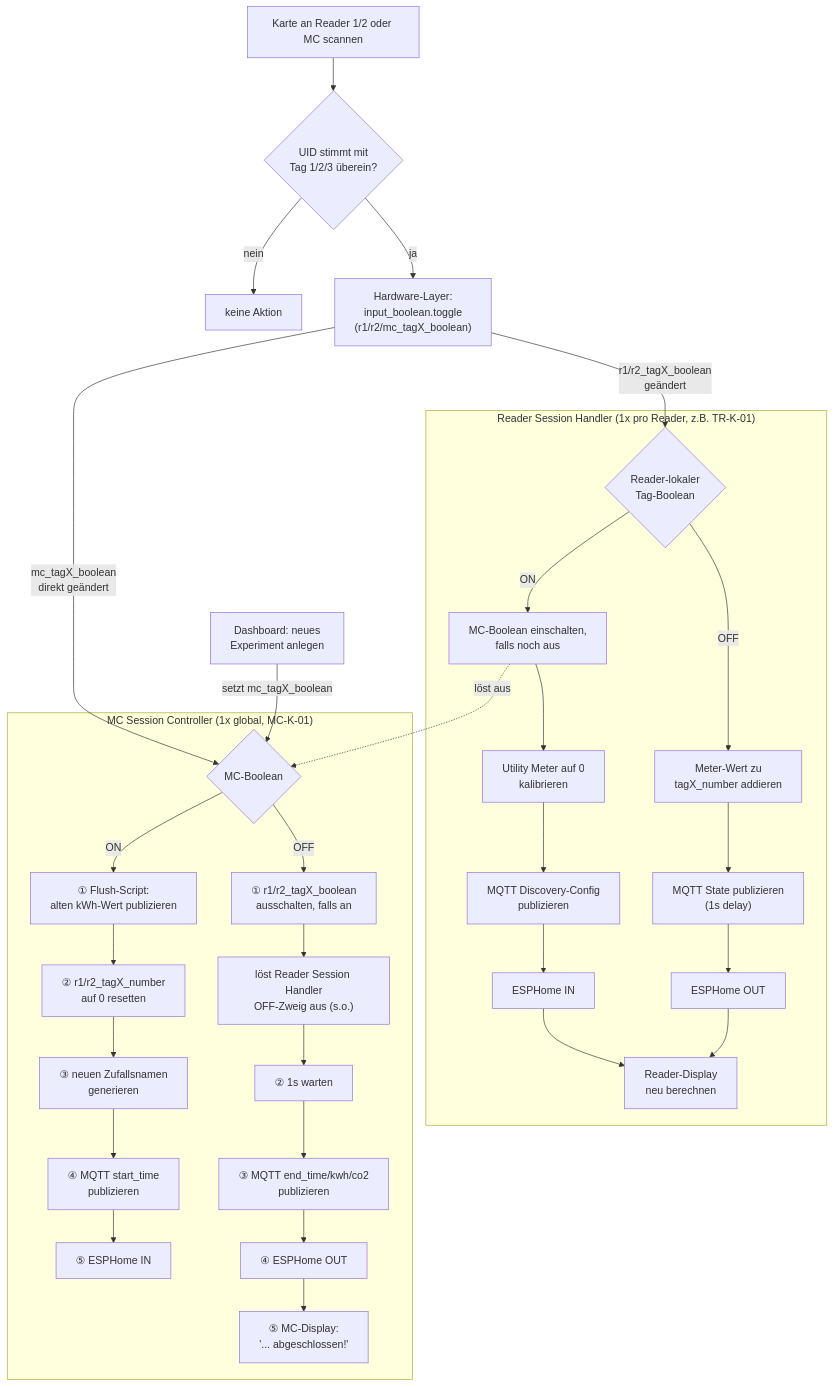
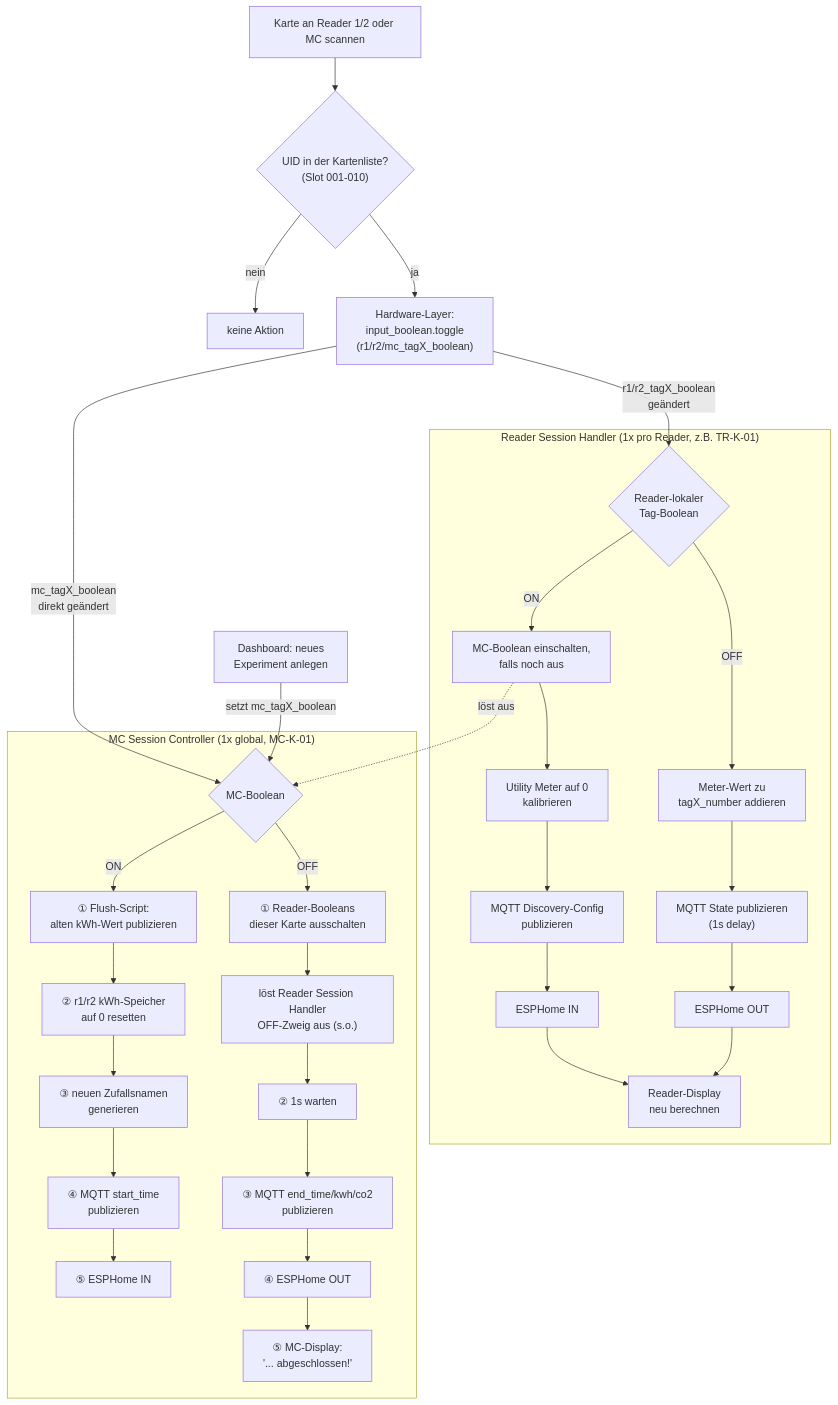
The diagram in ablaufdiagramm.md (erpel1234/SmInt_Blueprints), drawn with Mermaid before and after one commit. The commit also changed other lines of this file and 5 other files, not shown here.

````diff
--- a/ablaufdiagramm.md
+++ b/ablaufdiagramm.md
@@ -5,41 +7,41 @@
 ```mermaid
 flowchart TD
-    A[Karte an Reader 1/2 oder MC scannen] --> B{UID stimmt mit<br/>Tag 1/2/3 überein?}
+    A[Karte an Reader 1/2 oder MC scannen] --> B{"UID in der Kartenliste?<br/>(Slot 001-010)"}
     B -- nein --> Z[keine Aktion]
     B -- ja --> C["Hardware-Layer:<br/>input_boolean.toggle<br/>(r1/r2/mc_tagX_boolean)"]
 
     C -->|"r1/r2_tagX_boolean<br/>geändert"| D{Reader-lokaler<br/>Tag-Boolean}
     C -->|"mc_tagX_boolean<br/>direkt geändert"| M{MC-Boolean}
     DashB[Dashboard: neues<br/>Experiment anlegen] -->|"setzt mc_tagX_boolean"| M
 
     subgraph RSH["Reader Session Handler (1x pro Reader, z.B. TR-K-01)"]
         D -- ON --> E[MC-Boolean einschalten,<br/>falls noch aus]
         E --> F[Utility Meter auf 0<br/>kalibrieren]
         F --> G[MQTT Discovery-Config<br/>publizieren]
         G --> H[ESPHome IN]
 
         D -- OFF --> I["Meter-Wert zu<br/>tagX_number addieren"]
         I --> J["MQTT State publizieren<br/>(1s delay)"]
         J --> K[ESPHome OUT]
 
         H --> L[Reader-Display<br/>neu berechnen]
         K --> L
     end
 
     E -.->|"löst aus"| M
 
     subgraph MCC["MC Session Controller (1x global, MC-K-01)"]
         M -- ON --> N["① Flush-Script:<br/>alten kWh-Wert publizieren"]
-        N --> O["② r1/r2_tagX_number<br/>auf 0 resetten"]
+        N --> O["② r1/r2 kWh-Speicher<br/>auf 0 resetten"]
         O --> P["③ neuen Zufallsnamen<br/>generieren"]
         P --> Q["④ MQTT start_time<br/>publizieren"]
         Q --> R[⑤ ESPHome IN]
 
-        M -- OFF --> T["① r1/r2_tagX_boolean<br/>ausschalten, falls an"]
+        M -- OFF --> T["① Reader-Booleans<br/>dieser Karte ausschalten"]
         T --> T2["löst Reader Session Handler<br/>OFF-Zweig aus (s.o.)"]
         T2 --> Wait["② 1s warten"]
         Wait --> S["③ MQTT end_time/kwh/co2<br/>publizieren"]
         S --> U[④ ESPHome OUT]
         U --> V["⑤ MC-Display:<br/>'... abgeschlossen!'"]
     end
 ```
````
